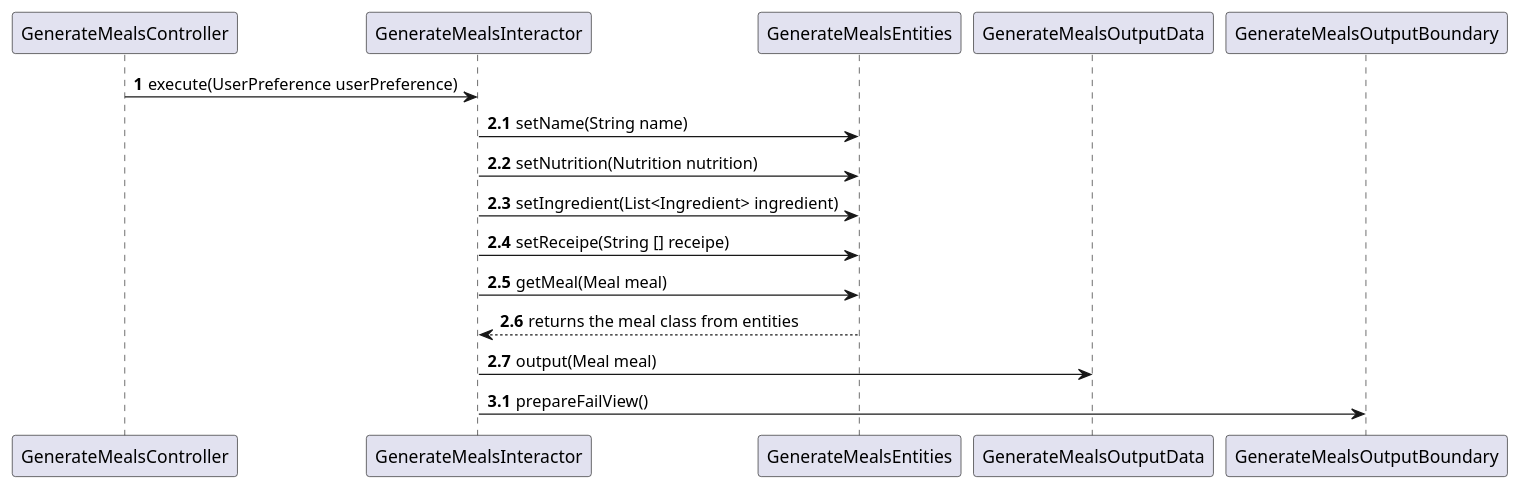
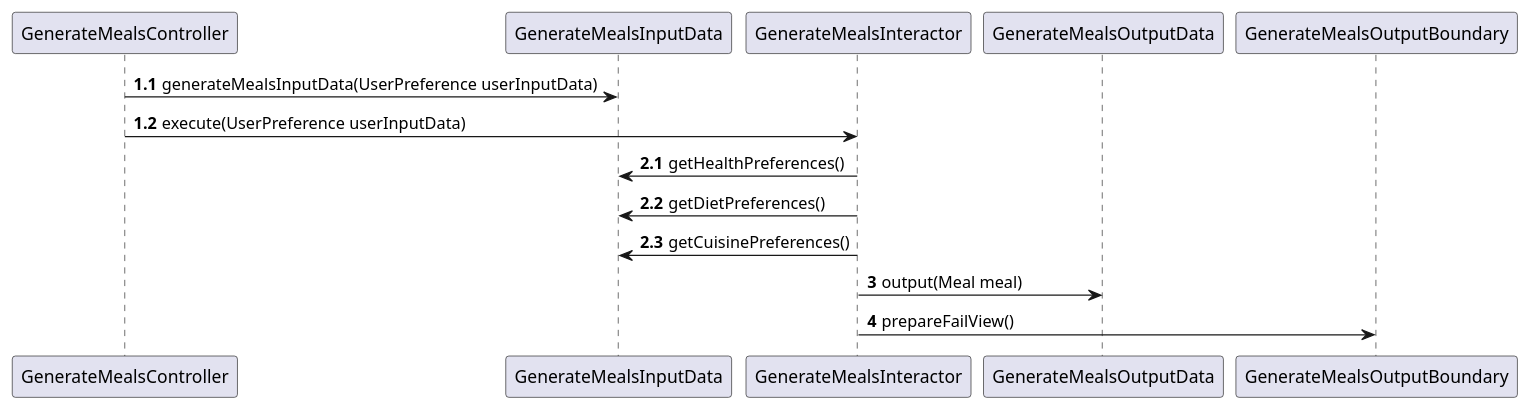
The diagram in design/sequence_diagrams/GenenrateMealsSequenceDiagram.puml (vrindasubhash/NutriNinja), drawn with PlantUML before and after one commit.

Commit message:
Updated sequence diagram: First, I deleted entities because it was not needed. Second, I added inputData so that interactor can use the input data to call the API. The output data is then passed in GenerateMealsOutputData as a Meal type.

```diff
--- a/design/sequence_diagrams/GenenrateMealsSequenceDiagram.puml
+++ b/design/sequence_diagrams/GenenrateMealsSequenceDiagram.puml
@@ -1,22 +1,22 @@
 @startuml
 'https://plantuml.com/sequence-diagram
 
 autonumber
 
-autonumber 1
-GenerateMealsController -> GenerateMealsInteractor: execute(UserPreference userPreference)
+autonumber 1.1
+GenerateMealsController -> GenerateMealsInputData: generateMealsInputData(UserPreference userInputData)
+GenerateMealsController -> GenerateMealsInteractor: execute(UserPreference userInputData)
 
 autonumber 2.1
-GenerateMealsInteractor -> GenerateMealsEntities: setName(String name)
-GenerateMealsInteractor -> GenerateMealsEntities: setNutrition(Nutrition nutrition)
-GenerateMealsInteractor -> GenerateMealsEntities: setIngredient(List<Ingredient> ingredient)
-GenerateMealsInteractor -> GenerateMealsEntities: setReceipe(String [] receipe)
-GenerateMealsInteractor -> GenerateMealsEntities: getMeal(Meal meal)
-GenerateMealsInteractor <-- GenerateMealsEntities: returns the meal class from entities
+GenerateMealsInteractor -> GenerateMealsInputData: getHealthPreferences()
+GenerateMealsInteractor -> GenerateMealsInputData: getDietPreferences()
+GenerateMealsInteractor -> GenerateMealsInputData: getCuisinePreferences()
+
+autonumber 3
 GenerateMealsInteractor -> GenerateMealsOutputData: output(Meal meal)
 
-autonumber 3.1
+autonumber 4
 GenerateMealsInteractor -> GenerateMealsOutputBoundary: prepareFailView()
 
 
 @enduml
```
